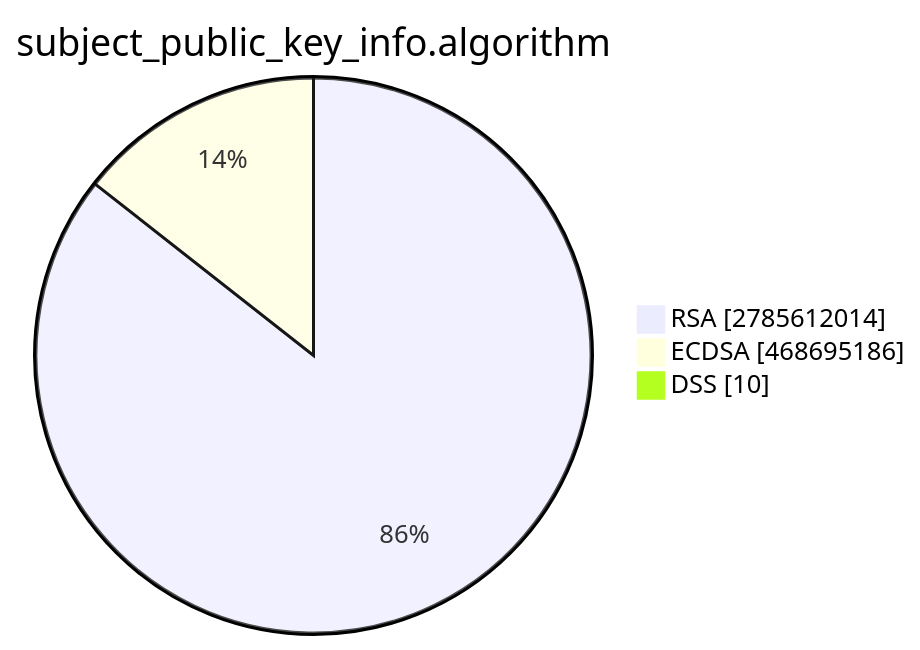
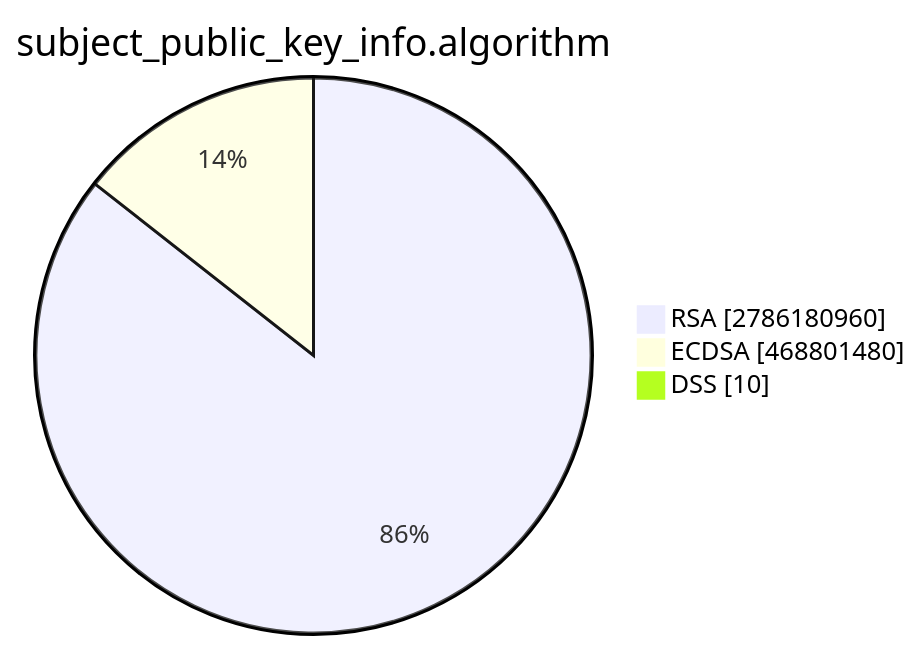
One commit to christiankrug/ctmonitor_visualization changed the second of 15 diagrams in TOTAL/README.md. Above: the diagram before and after it, drawn with Mermaid. The commit also changed other lines of this file, not shown here.

````diff
--- a/TOTAL/README.md
+++ b/TOTAL/README.md
@@ -6,7 +6,7 @@
 ```mermaid
 pie showData
 title subject_public_key_info.algorithm
-"RSA" :2785612014
-"ECDSA" :468695186
+"RSA" :2786180960
+"ECDSA" :468801480
 "DSS" :10
 ```
````
